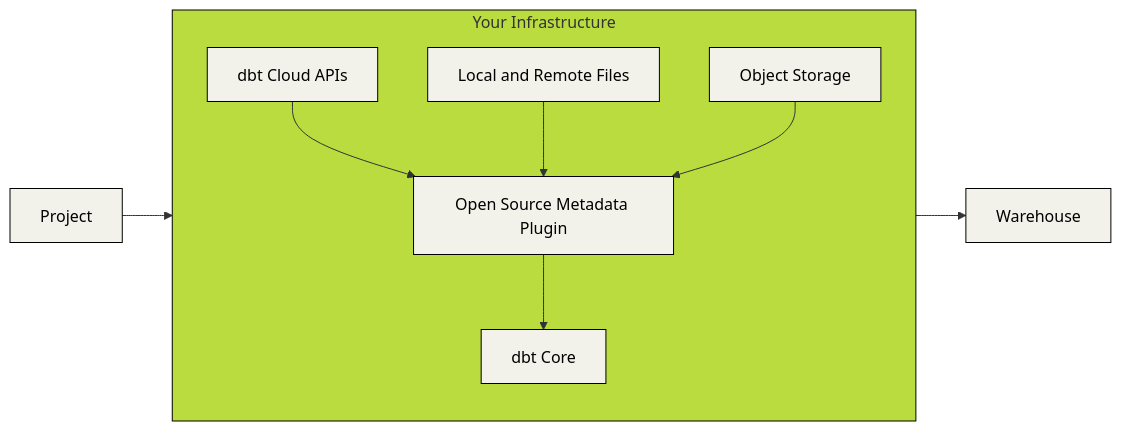
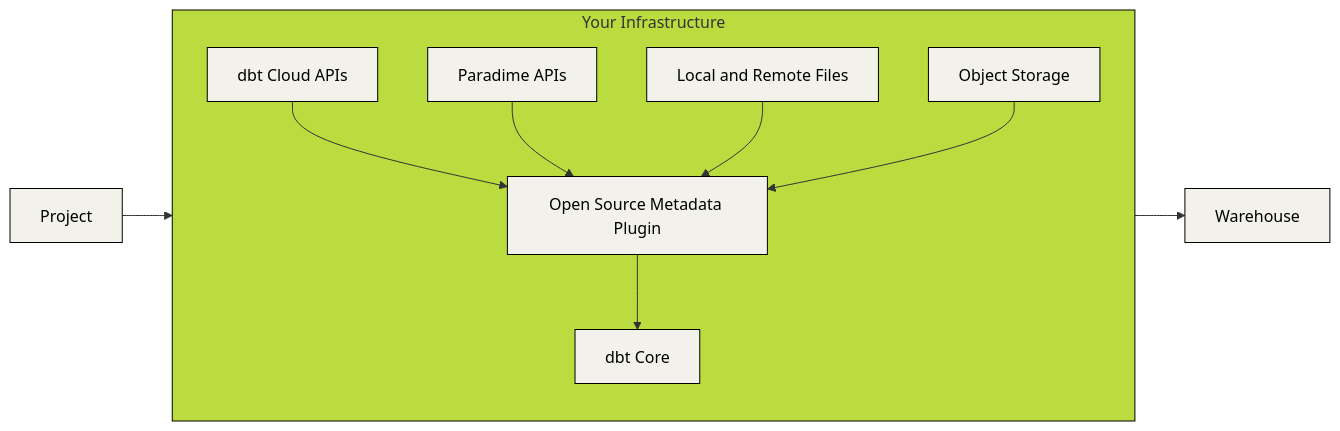
Before and after one commit to nicholasyager/dbt-loom: the diagram in README.md, drawn with Mermaid. The commit also changed other lines of this file and 5 other files, not shown here.

````diff
--- a/README.md
+++ b/README.md
@@ -7,26 +7,28 @@
 ```mermaid
 flowchart LR
 
     classDef black fill:#f2f2ebff, stroke:#000, color:#000
     classDef background fill:#f2f2ebff, stroke:#000, color:#000
     classDef hidden fill:#BADC3F, stroke:#BADC3F, color:#BADC3F
 
    style TOP fill:#BADC3F, stroke:#000
 
   subgraph TOP[Your Infrastructure]
     direction TB
     dbt_runtime[dbt Core]:::background
     proprietary_plugin[Open Source Metadata Plugin]:::background
 
     files[Local and Remote Files]:::background
     object_storage[Object Storage]:::background
     discovery_api[dbt Cloud APIs]:::background
+    paradime_api[Paradime APIs]:::background
 
     discovery_api --> proprietary_plugin
+    paradime_api --> proprietary_plugin
     files --> proprietary_plugin
     object_storage --> proprietary_plugin
     proprietary_plugin --> dbt_runtime
   end
 
   Project:::black --> TOP --> Warehouse:::black
 ```
````
